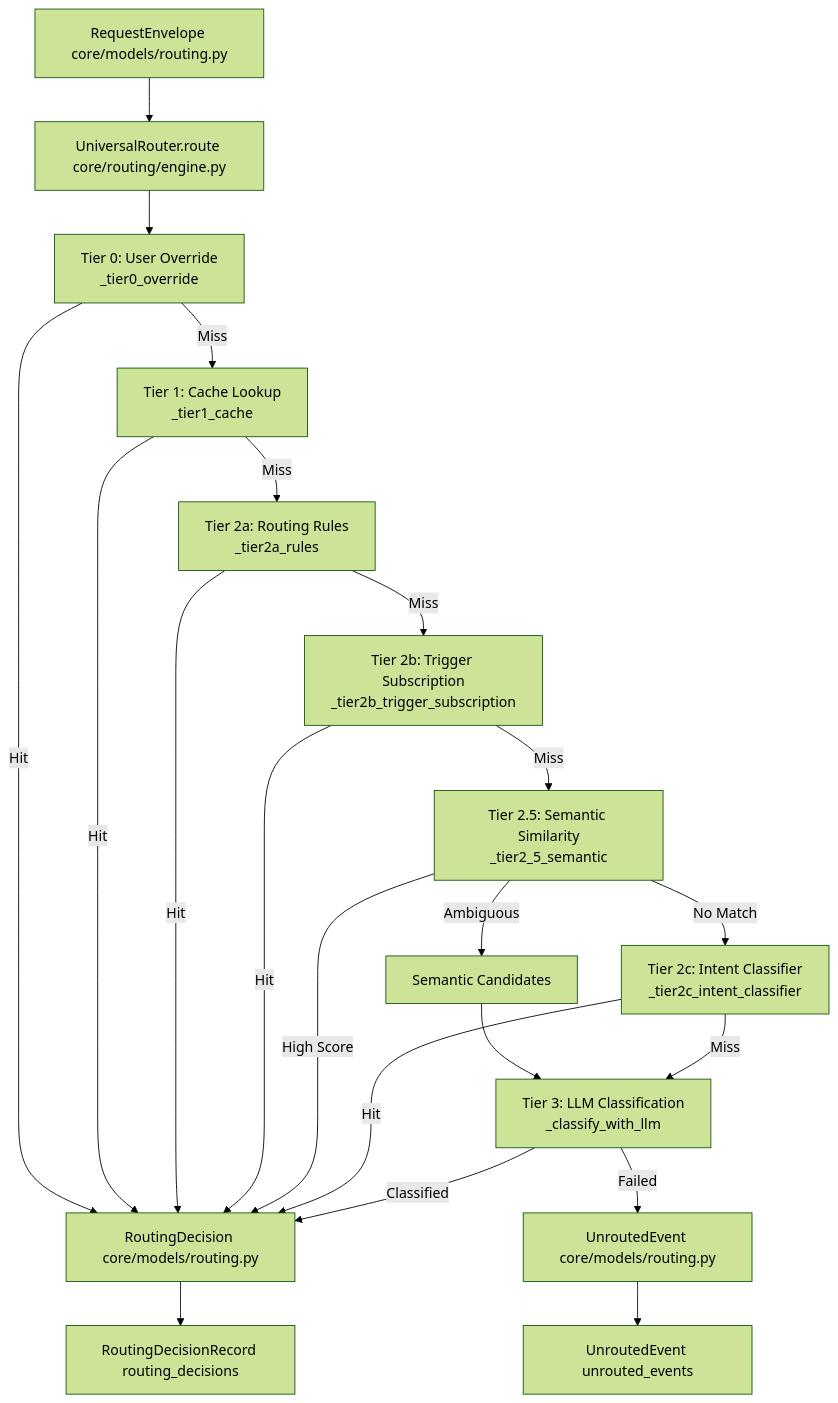
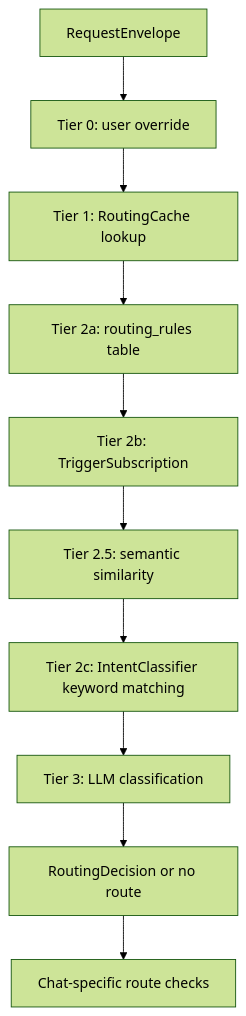
The second of 3 diagrams in docs/universal-router/_index.md (AutomatosAI/automatos-ai), drawn with Mermaid (forest theme) before and after one commit. The commit also changed other lines of this file and 188 other files, not shown here.

First line of the commit message:
docs: refresh architecture docs and add coverage for new subsystems (#1416)

````diff
--- a/docs/universal-router/_index.md
+++ b/docs/universal-router/_index.md
@@ -39,44 +62,12 @@
 ```mermaid
-graph TB
-    Input["RequestEnvelope core/models/routing.py"]
-    Router["UniversalRouter.route core/routing/engine.py"]
-    
-    Input --> Router
-    
-    Router --> T0["Tier 0: User Override<br/>_tier0_override"]
-    T0 -->|Hit| Decision
-    T0 -->|Miss| T1
-    
-    T1["Tier 1: Cache Lookup<br/>_tier1_cache"]
-    T1 -->|Hit| Decision
-    T1 -->|Miss| T2a
-    
-    T2a["Tier 2a: Routing Rules<br/>_tier2a_rules"]
-    T2a -->|Hit| Decision
-    T2a -->|Miss| T2b
-    
-    T2b["Tier 2b: Trigger Subscription<br/>_tier2b_trigger_subscription"]
-    T2b -->|Hit| Decision
-    T2b -->|Miss| T2_5
-    
-    T2_5["Tier 2.5: Semantic Similarity<br/>_tier2_5_semantic"]
-    T2_5 -->|High Score| Decision
-    T2_5 -->|Ambiguous| Candidates
-    
-    Candidates["Semantic Candidates"] --> T3
-    T2_5 -->|No Match| T2c
-    
-    T2c["Tier 2c: Intent Classifier<br/>_tier2c_intent_classifier"]
-    T2c -->|Hit| Decision
-    T2c -->|Miss| T3
-    
-    T3["Tier 3: LLM Classification<br/>_classify_with_llm"]
-    T3 -->|Classified| Decision
-    T3 -->|Failed| Unrouted
-    
-    Decision["RoutingDecision core/models/routing.py"]
-    Unrouted["UnroutedEvent core/models/routing.py"]
-    
-    Decision --> Log["RoutingDecisionRecord routing_decisions"]
-    Unrouted --> UnroutedTable["UnroutedEvent unrouted_events"]
+flowchart TD
+    E["RequestEnvelope"] --> T0["Tier 0: user override"]
+    T0 --> T1["Tier 1: RoutingCache lookup"]
+    T1 --> T2A["Tier 2a: routing_rules table"]
+    T2A --> T2B["Tier 2b: TriggerSubscription"]
+    T2B --> T25["Tier 2.5: semantic similarity"]
+    T25 --> T2C["Tier 2c: IntentClassifier keyword matching"]
+    T2C --> T3["Tier 3: LLM classification"]
+    T3 --> D["RoutingDecision or no route"]
+    D --> G["Chat-specific route checks"]
 ```
````
